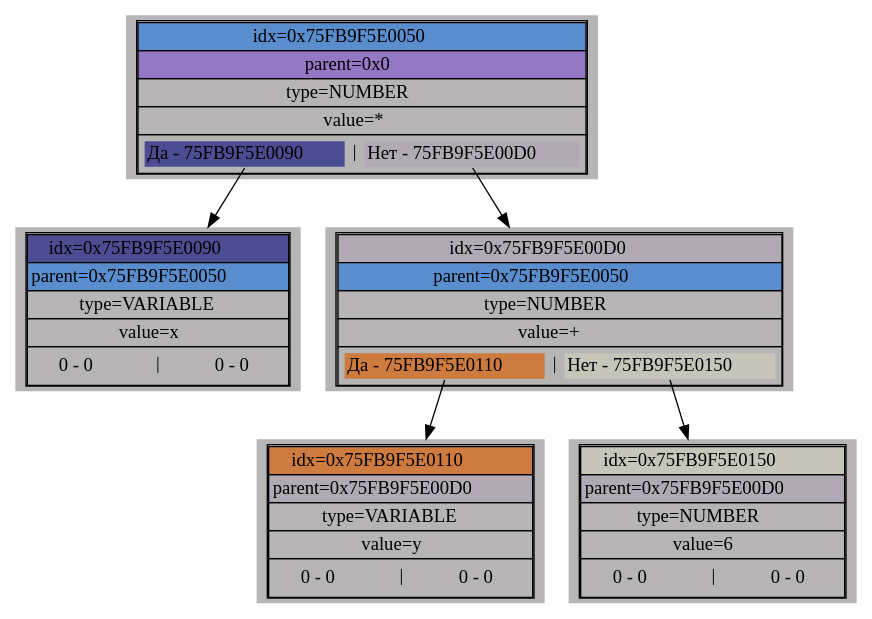
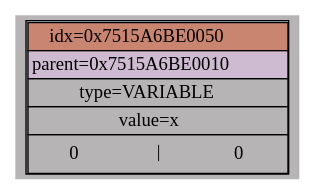
The diagram in dump/images/image0.dot (NeonVP/My-Differentiator), drawn with Graphviz before and after one commit. The commit also changed 16 other files, not shown here.

```diff
--- a/dump/images/image0.dot
+++ b/dump/images/image0.dot
@@ -1,142 +1,30 @@
 digraph {
 	splines=line;
-	node_75FB9F5E0050 [shape=plaintext; style=filled; color=black; fillcolor="#B6B4B4"; label=< 
+	node_7515A6BE0050 [shape=plaintext; style=filled; color=black; fillcolor="#B6B4B4"; label=< 
 	<TABLE BORDER="1" CELLBORDER="1" CELLSPACING="0" ALIGN="CENTER"> 
 		<TR> 
-			<TD PORT="idx" BGCOLOR="#568BCEF4">idx=0x75FB9F5E0050</TD> 
+			<TD PORT="idx" BGCOLOR="#DA5E398A">idx=0x7515A6BE0050</TD> 
 		</TR> 
 		<TR> 
-			<TD PORT="parent" BGCOLOR="#6522DF69">parent=0x0</TD> 
-		</TR> 
-		<TR> 
-			<TD PORT="type">type=NUMBER</TD> 
-		</TR> 
-		<TR> 
-			<TD PORT="value">value=*</TD> 
-		</TR> 
-		<TR> 
-			<TD> 
-				<TABLE BORDER="0" CELLBORDER="0" CELLSPACING="2" ALIGN="CENTER"> 
-					<TR> 
-						<TD PORT="left" BGCOLOR="#2C2D89C3">Да - 75FB9F5E0090</TD> 
-						<TD><FONT POINT-SIZE="10">│</FONT></TD> 
-						<TD PORT="right" BGCOLOR="#5B04B2E">Нет - 75FB9F5E00D0</TD> 
-					</TR> 
-				</TABLE> 
-			</TD> 
-		</TR> 
-	</TABLE> 
-	>]; 
-	node_75FB9F5E0050:left:s->node_75FB9F5E0090
-	node_75FB9F5E0090 [shape=plaintext; style=filled; color=black; fillcolor="#B6B4B4"; label=< 
-	<TABLE BORDER="1" CELLBORDER="1" CELLSPACING="0" ALIGN="CENTER"> 
-		<TR> 
-			<TD PORT="idx" BGCOLOR="#2C2D89C3">idx=0x75FB9F5E0090</TD> 
-		</TR> 
-		<TR> 
-			<TD PORT="parent" BGCOLOR="#568BCEF4">parent=0x75FB9F5E0050</TD> 
+			<TD PORT="parent" BGCOLOR="#F3C3FB67">parent=0x7515A6BE0010</TD> 
 		</TR> 
 		<TR> 
 			<TD PORT="type">type=VARIABLE</TD> 
 		</TR> 
 		<TR> 
 			<TD PORT="value">value=x</TD> 
 		</TR> 
 		<TR> 
 			<TD> 
 				<TABLE BORDER="0" CELLBORDER="0" CELLSPACING="2" ALIGN="CENTER"> 
 					<TR> 
-						<TD PORT="left" BGCOLOR="#B6B4B4">0 - 0</TD> 
+						<TD PORT="left" BGCOLOR="#B6B4B4" ALIGN="CENTER">0</TD> 
 						<TD><FONT POINT-SIZE="10">│</FONT></TD> 
-						<TD PORT="right" BGCOLOR="#B6B4B4">0 - 0</TD> 
-					</TR> 
-				</TABLE> 
-			</TD> 
-		</TR> 
-	</TABLE> 
-	>]; 
-	node_75FB9F5E0050:right:s->node_75FB9F5E00D0
-	node_75FB9F5E00D0 [shape=plaintext; style=filled; color=black; fillcolor="#B6B4B4"; label=< 
-	<TABLE BORDER="1" CELLBORDER="1" CELLSPACING="0" ALIGN="CENTER"> 
-		<TR> 
-			<TD PORT="idx" BGCOLOR="#5B04B2E">idx=0x75FB9F5E00D0</TD> 
-		</TR> 
-		<TR> 
-			<TD PORT="parent" BGCOLOR="#568BCEF4">parent=0x75FB9F5E0050</TD> 
-		</TR> 
-		<TR> 
-			<TD PORT="type">type=NUMBER</TD> 
-		</TR> 
-		<TR> 
-			<TD PORT="value">value=+</TD> 
-		</TR> 
-		<TR> 
-			<TD> 
-				<TABLE BORDER="0" CELLBORDER="0" CELLSPACING="2" ALIGN="CENTER"> 
-					<TR> 
-						<TD PORT="left" BGCOLOR="#D96107AD">Да - 75FB9F5E0110</TD> 
-						<TD><FONT POINT-SIZE="10">│</FONT></TD> 
-						<TD PORT="right" BGCOLOR="#F0FCC540">Нет - 75FB9F5E0150</TD> 
-					</TR> 
-				</TABLE> 
-			</TD> 
-		</TR> 
-	</TABLE> 
-	>]; 
-	node_75FB9F5E00D0:left:s->node_75FB9F5E0110
-	node_75FB9F5E0110 [shape=plaintext; style=filled; color=black; fillcolor="#B6B4B4"; label=< 
-	<TABLE BORDER="1" CELLBORDER="1" CELLSPACING="0" ALIGN="CENTER"> 
-		<TR> 
-			<TD PORT="idx" BGCOLOR="#D96107AD">idx=0x75FB9F5E0110</TD> 
-		</TR> 
-		<TR> 
-			<TD PORT="parent" BGCOLOR="#5B04B2E">parent=0x75FB9F5E00D0</TD> 
-		</TR> 
-		<TR> 
-			<TD PORT="type">type=VARIABLE</TD> 
-		</TR> 
-		<TR> 
-			<TD PORT="value">value=y</TD> 
-		</TR> 
-		<TR> 
-			<TD> 
-				<TABLE BORDER="0" CELLBORDER="0" CELLSPACING="2" ALIGN="CENTER"> 
-					<TR> 
-						<TD PORT="left" BGCOLOR="#B6B4B4">0 - 0</TD> 
-						<TD><FONT POINT-SIZE="10">│</FONT></TD> 
-						<TD PORT="right" BGCOLOR="#B6B4B4">0 - 0</TD> 
-					</TR> 
-				</TABLE> 
-			</TD> 
-		</TR> 
-	</TABLE> 
-	>]; 
-	node_75FB9F5E00D0:right:s->node_75FB9F5E0150
-	node_75FB9F5E0150 [shape=plaintext; style=filled; color=black; fillcolor="#B6B4B4"; label=< 
-	<TABLE BORDER="1" CELLBORDER="1" CELLSPACING="0" ALIGN="CENTER"> 
-		<TR> 
-			<TD PORT="idx" BGCOLOR="#F0FCC540">idx=0x75FB9F5E0150</TD> 
-		</TR> 
-		<TR> 
-			<TD PORT="parent" BGCOLOR="#5B04B2E">parent=0x75FB9F5E00D0</TD> 
-		</TR> 
-		<TR> 
-			<TD PORT="type">type=NUMBER</TD> 
-		</TR> 
-		<TR> 
-			<TD PORT="value">value=6</TD> 
-		</TR> 
-		<TR> 
-			<TD> 
-				<TABLE BORDER="0" CELLBORDER="0" CELLSPACING="2" ALIGN="CENTER"> 
-					<TR> 
-						<TD PORT="left" BGCOLOR="#B6B4B4">0 - 0</TD> 
-						<TD><FONT POINT-SIZE="10">│</FONT></TD> 
-						<TD PORT="right" BGCOLOR="#B6B4B4">0 - 0</TD> 
+						<TD PORT="right" BGCOLOR="#B6B4B4" ALIGN="CENTER">0</TD> 
 					</TR> 
 				</TABLE> 
 			</TD> 
 		</TR> 
 	</TABLE> 
 	>]; 
 }
```
